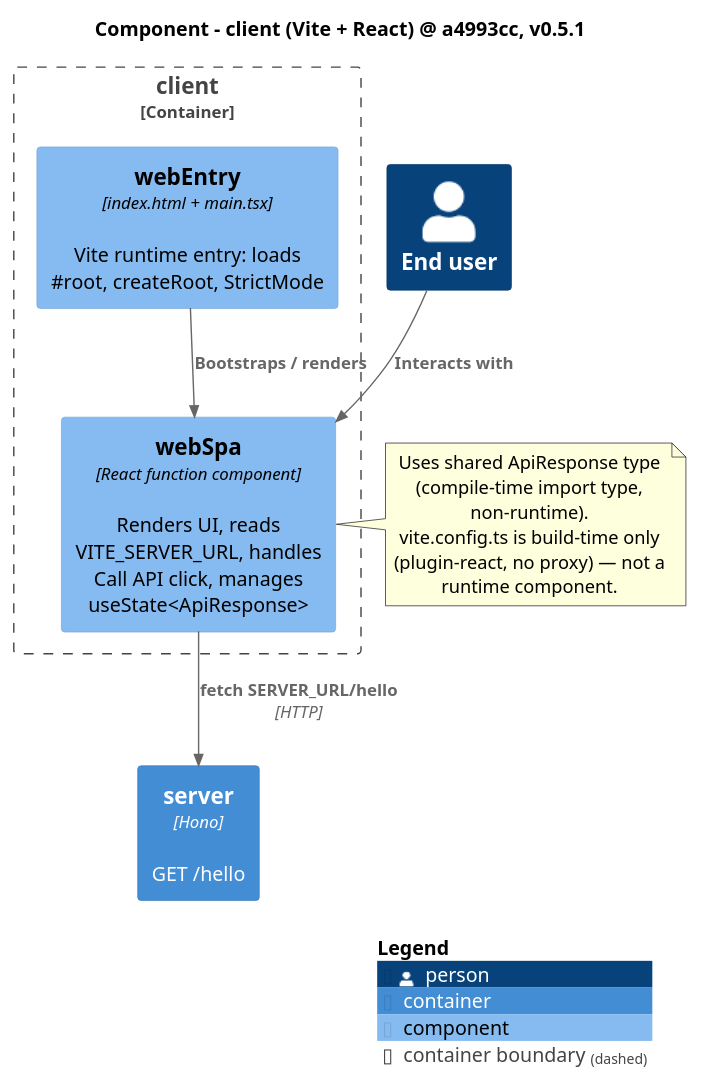
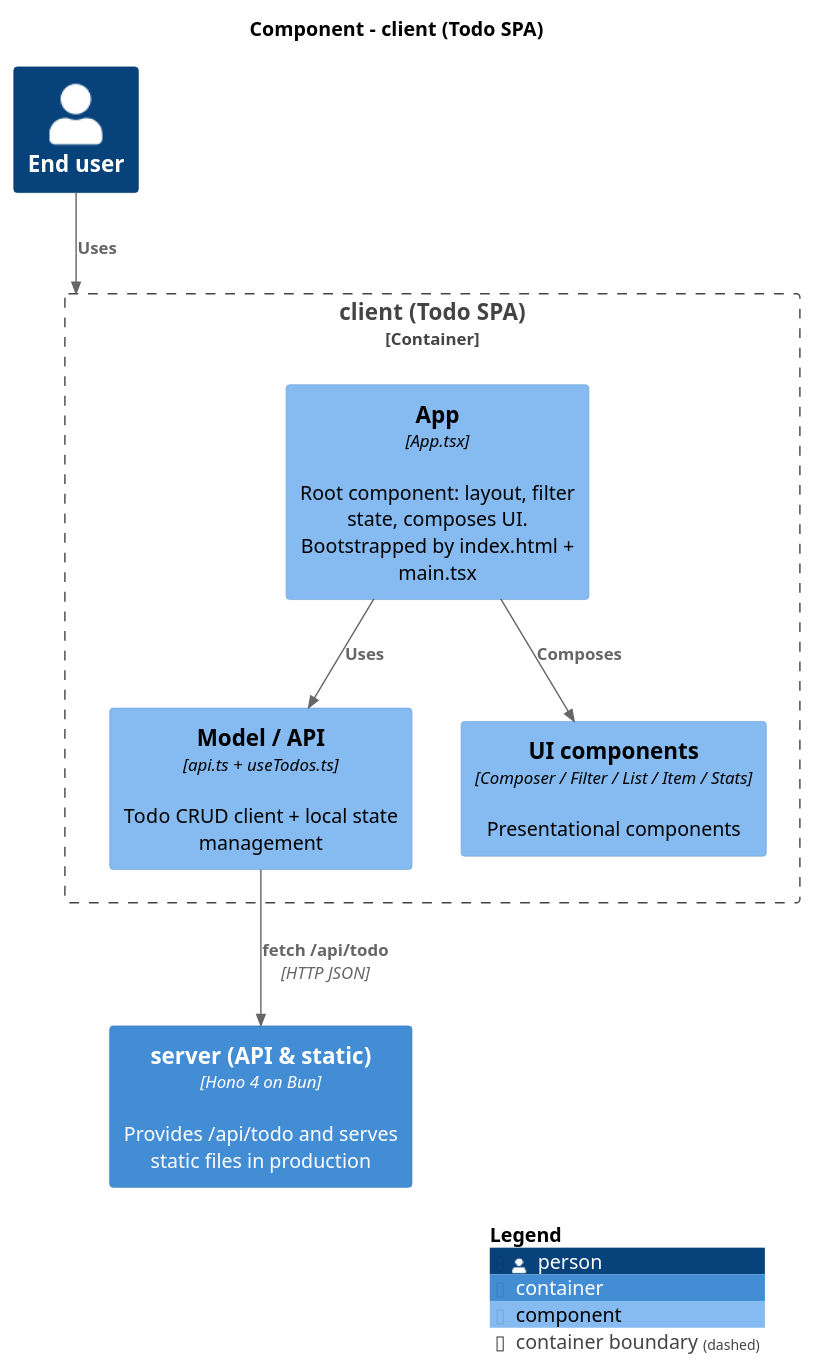
Before and after one commit to MemoryIt/todo: the diagram in docs/architecture/diagrams/03a-component-client.puml, drawn with PlantUML.

Commit message:
docs(diagrams): rework client component diagram for the todo app
Use logical modules (App / Model / UI), connect the user to the
container boundary, and drop the Bootstrap component.

```diff
--- a/docs/architecture/diagrams/03a-component-client.puml
+++ b/docs/architecture/diagrams/03a-component-client.puml
@@ -1,25 +1,20 @@
 @startuml
 !include <C4/C4_Component>
-title Component - client (Vite + React) @ a4993cc, v0.5.1
+title Component - client (Todo SPA)
 
 Person(user, "End user")
-Container(server, "server", "Hono", "GET /hello")
+Container(server, "server (API & static)", "Hono 4 on Bun", "Provides /api/todo and serves static files in production")
 
-Container_Boundary(c, "client") {
-  Component(webEntry, "webEntry", "index.html + main.tsx", "Vite runtime entry: loads #root, createRoot, StrictMode")
-  Component(webSpa, "webSpa", "React function component", "Renders UI, reads VITE_SERVER_URL, handles Call API click, manages useState<ApiResponse>")
+Container_Boundary(c, "client (Todo SPA)") {
+  Component(app, "App", "App.tsx", "Root component: layout, filter state, composes UI. Bootstrapped by index.html + main.tsx")
+  Component(model, "Model / API", "api.ts + useTodos.ts", "Todo CRUD client + local state management")
+  Component(ui, "UI components", "Composer / Filter / List / Item / Stats", "Presentational components")
 }
 
-Rel(user, webSpa, "Interacts with")
-Rel(webEntry, webSpa, "Bootstraps / renders")
-Rel(webSpa, server, "fetch SERVER_URL/hello", "HTTP")
-
-note right of webSpa
-  Uses shared ApiResponse type
-  (compile-time import type, non-runtime).
-  vite.config.ts is build-time only
-  (plugin-react, no proxy) — not a runtime component.
-end note
+Rel(user, c, "Uses")
+Rel(app, model, "Uses")
+Rel(app, ui, "Composes")
+Rel(model, server, "fetch /api/todo", "HTTP JSON")
 
 SHOW_LEGEND()
 @enduml
```
